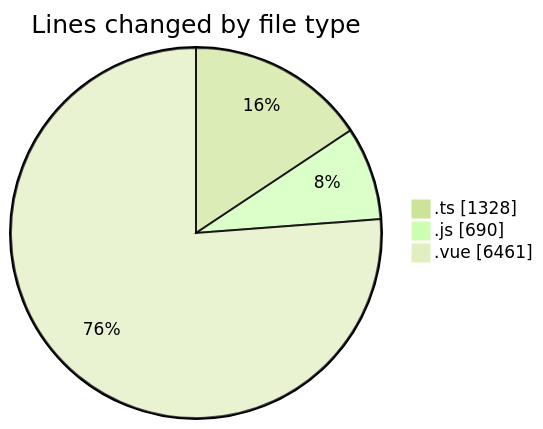
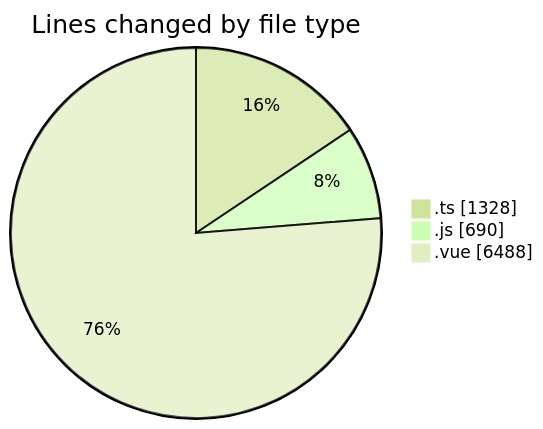
One commit to lephambinh05/code-tracking changed the first of 2 diagrams in 2025-08-16/rentotp/README.md. Above: the diagram before and after it, drawn with Mermaid (forest theme). The commit also changed other lines of this file and 1 other file, not shown here.

````diff
--- a/2025-08-16/rentotp/README.md
+++ b/2025-08-16/rentotp/README.md
@@ -38,7 +38,7 @@
 ```mermaid
 pie showData
 title Lines changed by file type
 ".ts" : 1328
 ".js" : 690
-".vue" : 6461
+".vue" : 6488
 ```
````
